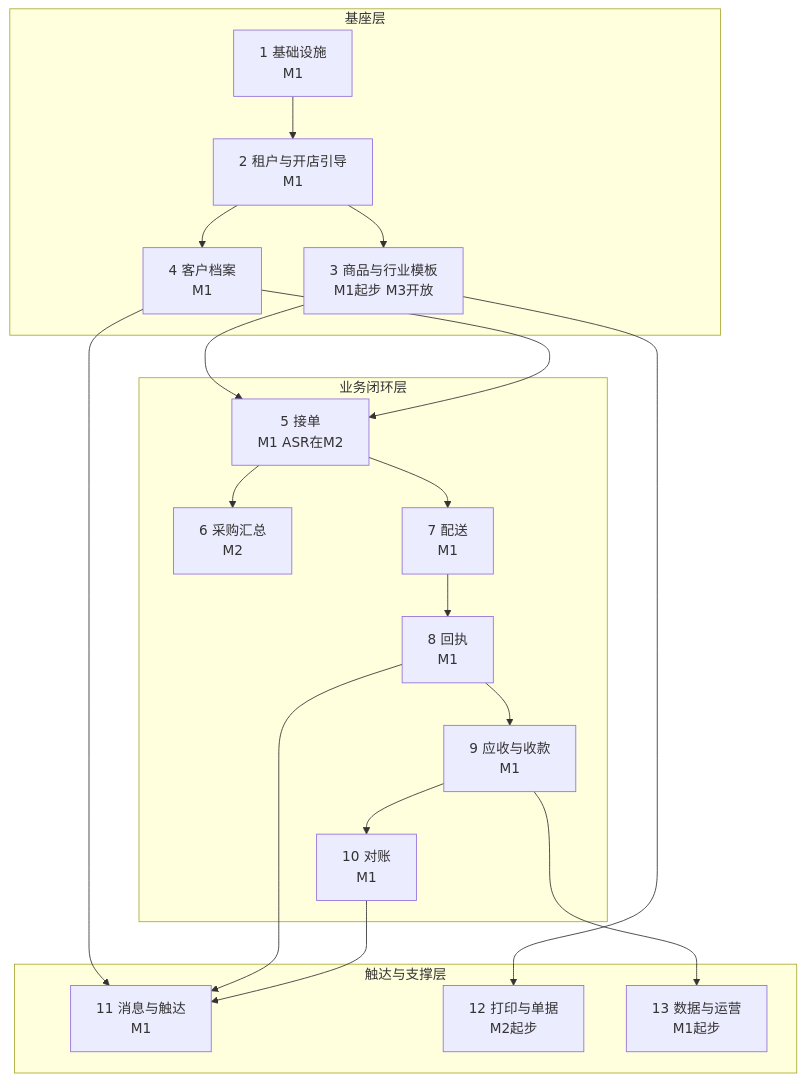
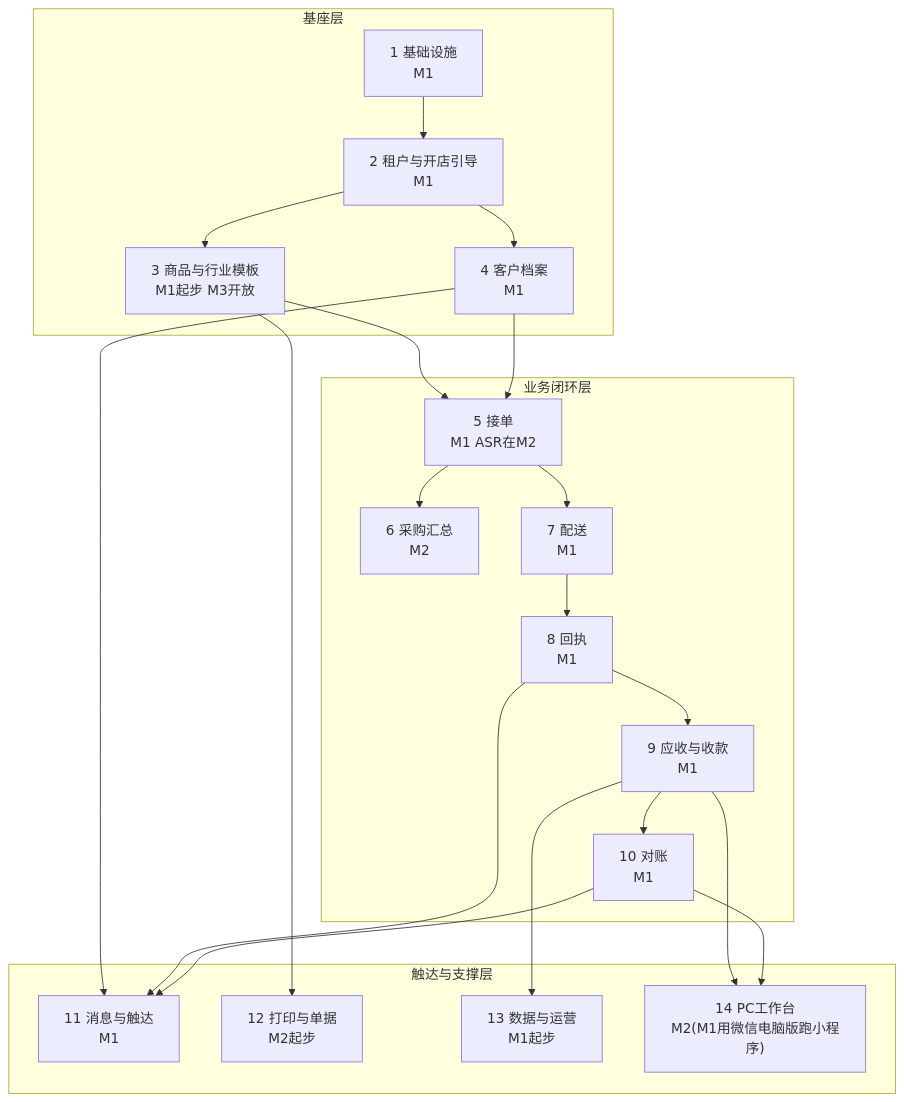
One commit to kingwonn/smbfortaste changed the diagram in design/06-功能拆解与实现计划.md. Above: the diagram before and after it, drawn with Mermaid. The commit also changed other lines of this file and 2 other files, not shown here.

````diff
--- a/design/06-功能拆解与实现计划.md
+++ b/design/06-功能拆解与实现计划.md
@@ -9,32 +9,35 @@
 ```mermaid
 flowchart TB
     subgraph BASE["基座层"]
         A1["1 基础设施<br/>M1"]
         A2["2 租户与开店引导<br/>M1"]
         A3["3 商品与行业模板<br/>M1起步 M3开放"]
         A4["4 客户档案<br/>M1"]
     end
     subgraph CORE["业务闭环层"]
         B5["5 接单<br/>M1 ASR在M2"]
         B6["6 采购汇总<br/>M2"]
         B7["7 配送<br/>M1"]
         B8["8 回执<br/>M1"]
         B9["9 应收与收款<br/>M1"]
         B10["10 对账<br/>M1"]
     end
     subgraph REACH["触达与支撑层"]
         C11["11 消息与触达<br/>M1"]
         C12["12 打印与单据<br/>M2起步"]
         C13["13 数据与运营<br/>M1起步"]
+        C14["14 PC工作台<br/>M2(M1用微信电脑版跑小程序)"]
     end
     A1 --> A2 --> A3
     A2 --> A4
     A3 --> B5
     A4 --> B5 --> B6
     B5 --> B7 --> B8 --> B9 --> B10
     A4 --> C11
     B8 --> C11
     B10 --> C11
     A3 --> C12
     B9 --> C13
+    B9 --> C14
+    B10 --> C14
 ```
````
